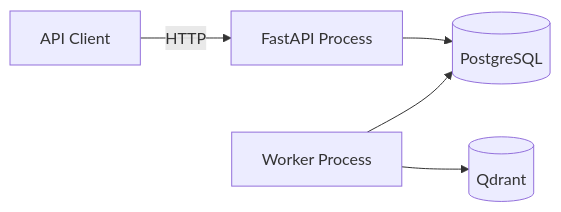
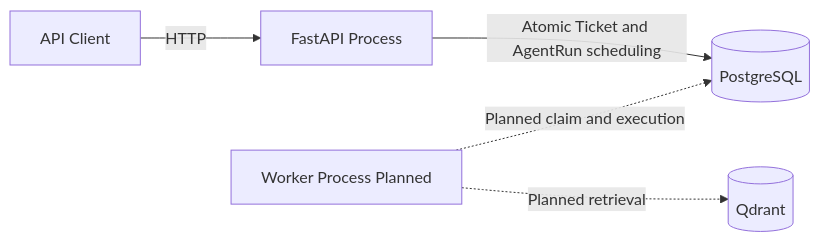
One commit to philgodoy96/supportops-ai-platform changed the seventh of 7 diagrams in docs/architecture/runtime-topology.md. Above: the diagram before and after it, drawn with Mermaid. The commit also changed other lines of this file and 6 other files, not shown here.

Commit message:
docs: document transactional agent run scheduling

````diff
--- a/docs/architecture/runtime-topology.md
+++ b/docs/architecture/runtime-topology.md
@@ -377,13 +384,13 @@
 ```mermaid
 flowchart LR
     Client[API Client]
     API[FastAPI Process]
-    Worker[Worker Process]
+    Worker[Worker Process Planned]
     PostgreSQL[(PostgreSQL)]
     Qdrant[(Qdrant)]
 
     Client -->|HTTP| API
-    API --> PostgreSQL
-    Worker --> PostgreSQL
-    Worker --> Qdrant
+    API -->|Atomic Ticket and AgentRun scheduling| PostgreSQL
+    Worker -.->|Planned claim and execution| PostgreSQL
+    Worker -.->|Planned retrieval| Qdrant
 ```
````
